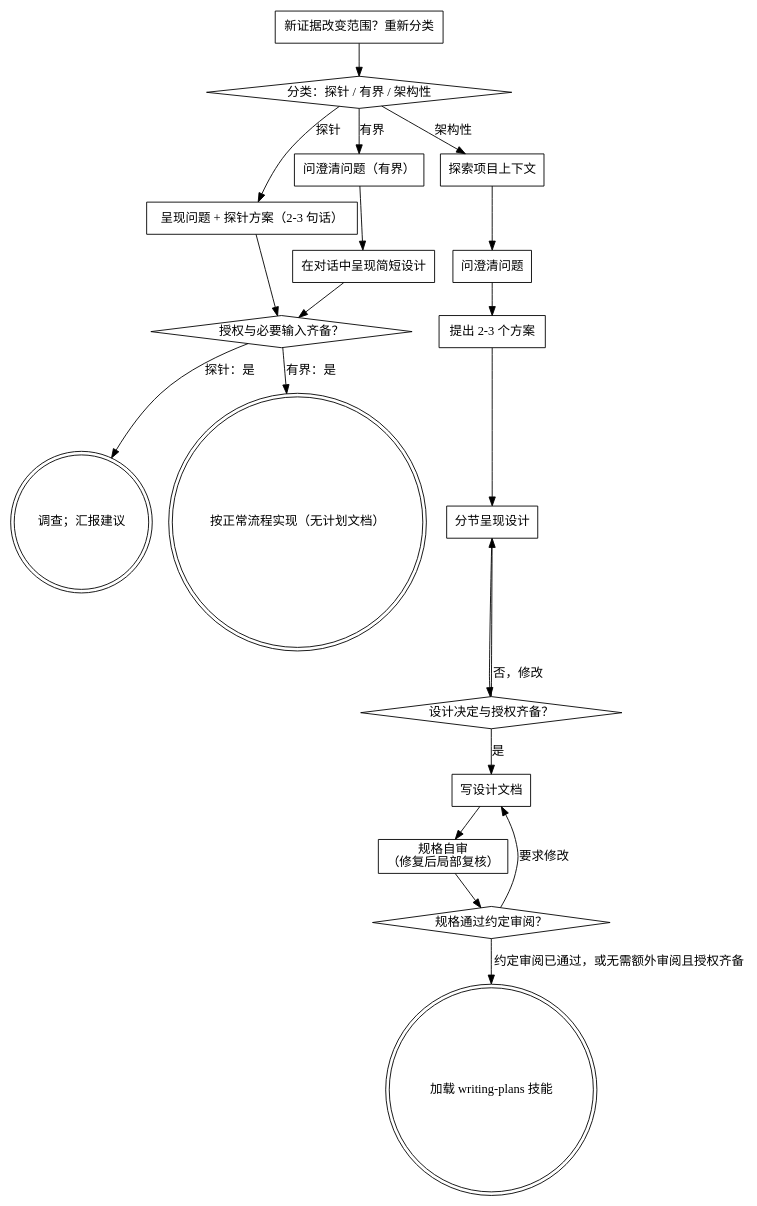
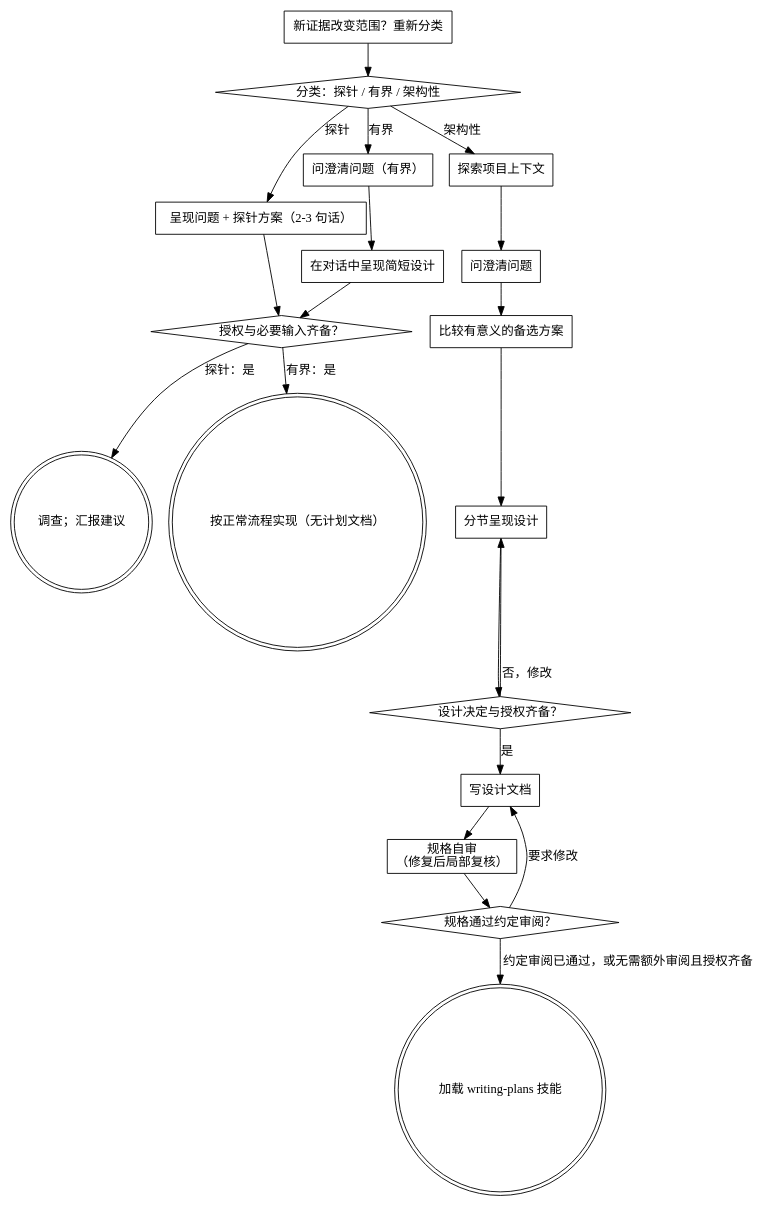
The diagram in skills/brainstorming/SKILL.md (QuanhuZeYu/dsh-superpower), drawn with Graphviz before and after one commit. The commit also changed other lines of this file and 15 other files, not shown here.

````diff
--- a/skills/brainstorming/SKILL.md
+++ b/skills/brainstorming/SKILL.md
@@ -122,41 +135,41 @@
 ```dot
 digraph brainstorming {
     "分类：探针 / 有界 / 架构性" [shape=diamond];
     "呈现问题 + 探针方案（2-3 句话）" [shape=box];
     "问澄清问题（有界）" [shape=box];
     "在对话中呈现简短设计" [shape=box];
     "授权与必要输入齐备？" [shape=diamond];
     "调查；汇报建议" [shape=doublecircle];
     "按正常流程实现（无计划文档）" [shape=doublecircle];
     "探索项目上下文" [shape=box];
     "问澄清问题" [shape=box];
-    "提出 2-3 个方案" [shape=box];
+    "比较有意义的备选方案" [shape=box];
     "分节呈现设计" [shape=box];
     "设计决定与授权齐备？" [shape=diamond];
     "写设计文档" [shape=box];
     "规格自审\n（修复后局部复核）" [shape=box];
     "规格通过约定审阅？" [shape=diamond];
     "加载 writing-plans 技能" [shape=doublecircle];
     "新证据改变范围？重新分类" [shape=box];
 
     "分类：探针 / 有界 / 架构性" -> "呈现问题 + 探针方案（2-3 句话）" [label="探针"];
     "分类：探针 / 有界 / 架构性" -> "问澄清问题（有界）" [label="有界"];
     "分类：探针 / 有界 / 架构性" -> "探索项目上下文" [label="架构性"];
     "呈现问题 + 探针方案（2-3 句话）" -> "授权与必要输入齐备？";
     "问澄清问题（有界）" -> "在对话中呈现简短设计";
     "在对话中呈现简短设计" -> "授权与必要输入齐备？";
     "授权与必要输入齐备？" -> "调查；汇报建议" [label="探针：是"];
     "授权与必要输入齐备？" -> "按正常流程实现（无计划文档）" [label="有界：是"];
     "新证据改变范围？重新分类" -> "分类：探针 / 有界 / 架构性";
     "探索项目上下文" -> "问澄清问题";
-    "问澄清问题" -> "提出 2-3 个方案";
-    "提出 2-3 个方案" -> "分节呈现设计";
+    "问澄清问题" -> "比较有意义的备选方案";
+    "比较有意义的备选方案" -> "分节呈现设计";
     "分节呈现设计" -> "设计决定与授权齐备？";
     "设计决定与授权齐备？" -> "分节呈现设计" [label="否，修改"];
     "设计决定与授权齐备？" -> "写设计文档" [label="是"];
     "写设计文档" -> "规格自审\n（修复后局部复核）";
     "规格自审\n（修复后局部复核）" -> "规格通过约定审阅？";
     "规格通过约定审阅？" -> "写设计文档" [label="要求修改"];
     "规格通过约定审阅？" -> "加载 writing-plans 技能" [label="约定审阅已通过，或无需额外审阅且授权齐备"];
 }
 ```
````
